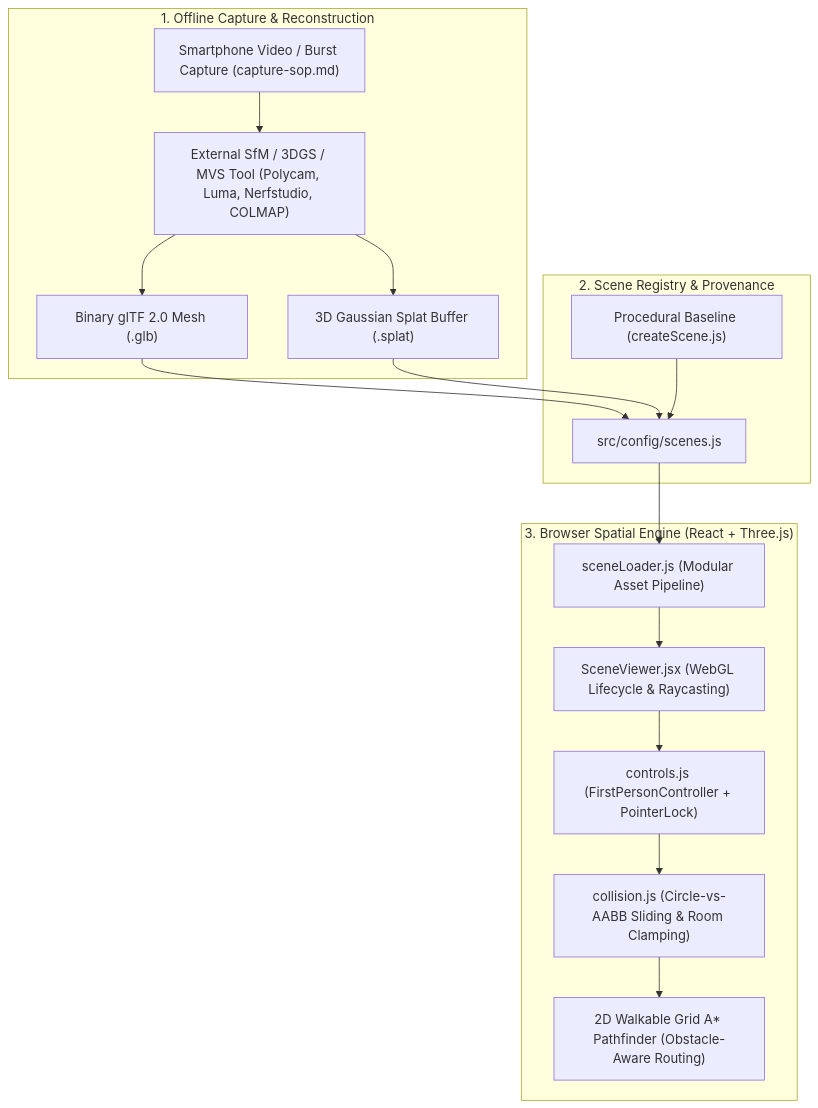
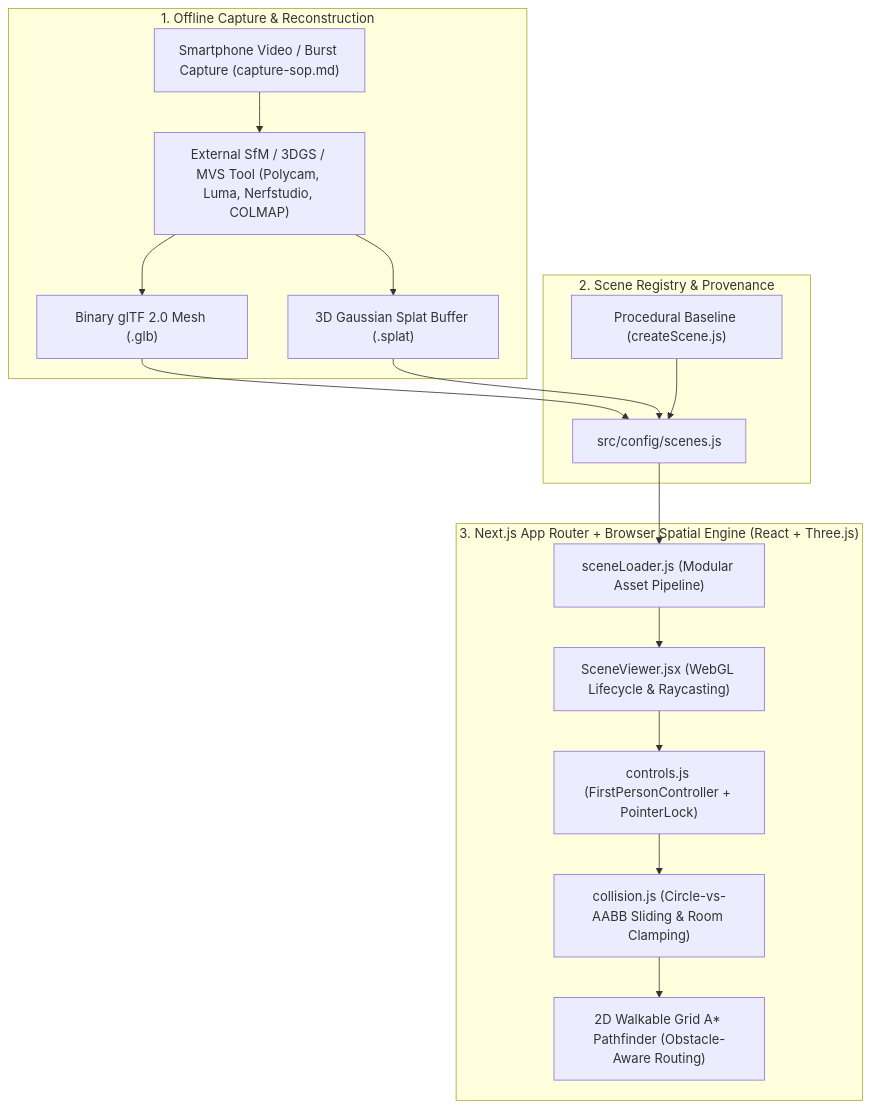
One commit to LiteralKrishu/NammaSpace changed the diagram in docs/architecture.md. Above: the diagram before and after it, drawn with Mermaid. The commit also changed other lines of this file and 12 other files, not shown here.

````diff
--- a/docs/architecture.md
+++ b/docs/architecture.md
@@ -8,23 +8,23 @@
 ```mermaid
 flowchart TD
     subgraph Capture["1. Offline Capture & Reconstruction"]
         A["Smartphone Video / Burst Capture (capture-sop.md)"] --> B["External SfM / 3DGS / MVS Tool (Polycam, Luma, Nerfstudio, COLMAP)"]
         B --> C1["Binary glTF 2.0 Mesh (.glb)"]
         B --> C2["3D Gaussian Splat Buffer (.splat)"]
     end
 
     subgraph Config["2. Scene Registry & Provenance"]
         D["src/config/scenes.js"]
         C1 --> D
         C2 --> D
         P["Procedural Baseline (createScene.js)"] --> D
     end
 
-    subgraph Runtime["3. Browser Spatial Engine (React + Three.js)"]
+    subgraph Runtime["3. Next.js App Router + Browser Spatial Engine (React + Three.js)"]
         D --> E["sceneLoader.js (Modular Asset Pipeline)"]
         E --> F["SceneViewer.jsx (WebGL Lifecycle & Raycasting)"]
         F --> G["controls.js (FirstPersonController + PointerLock)"]
         G --> H["collision.js (Circle-vs-AABB Sliding & Room Clamping)"]
         H --> I["2D Walkable Grid A* Pathfinder (Obstacle-Aware Routing)"]
     end
 ```
````
